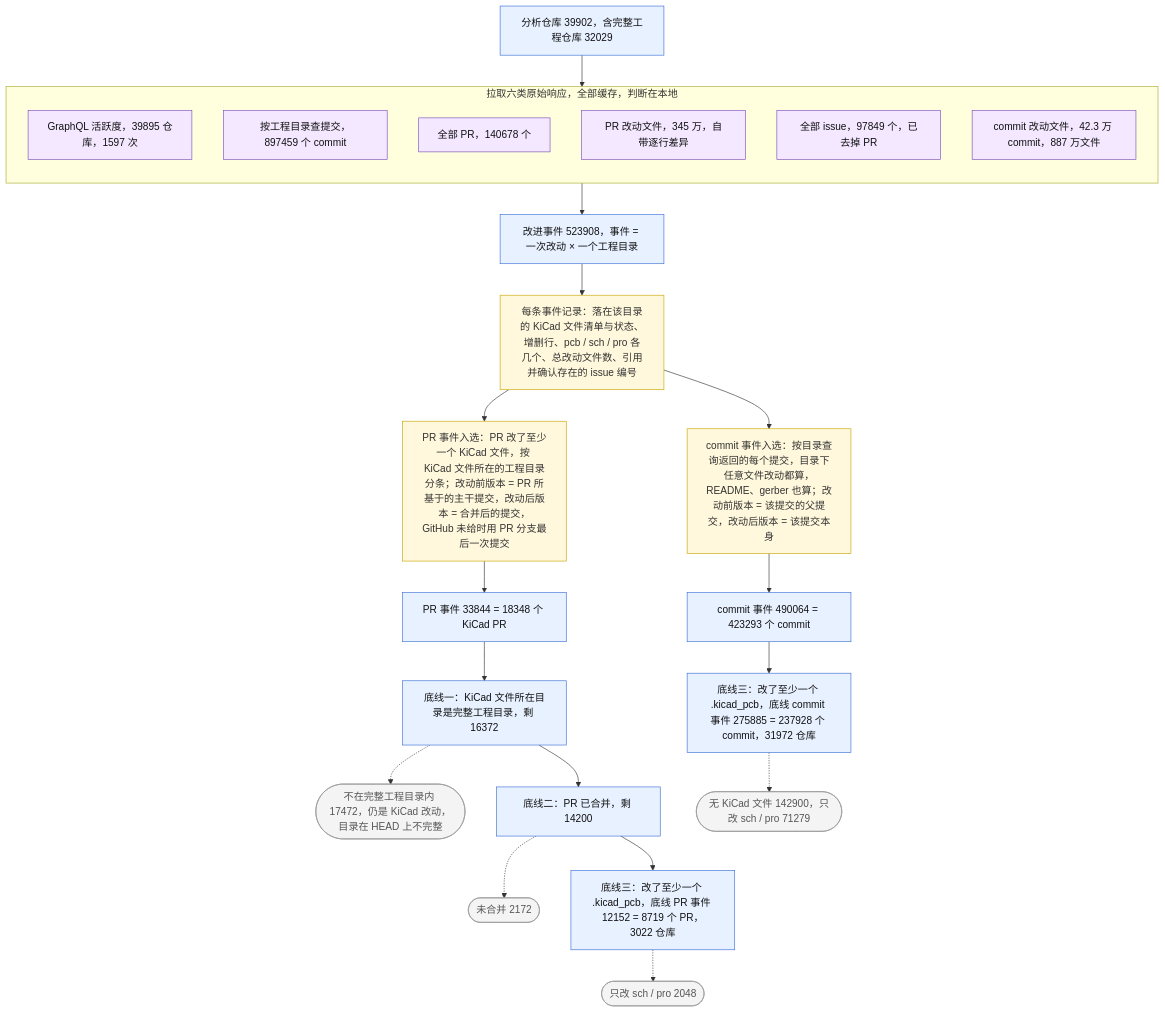
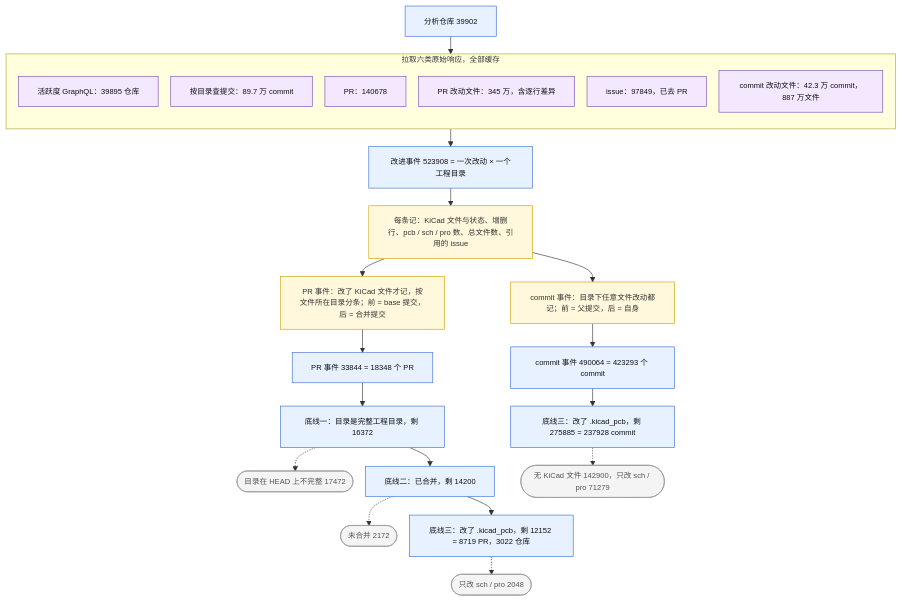
Before and after one commit to Xiafyjck/github_kicad_project_scout: the third of 5 diagrams in reports/progress_report.md, drawn with Mermaid. The commit also changed other lines of this file, not shown here.

Commit message:
reports: shorter labels and 12px font in all figures

````diff
--- a/reports/progress_report.md
+++ b/reports/progress_report.md
@@ -170,35 +173,36 @@
 ```mermaid
+%%{init: {'themeVariables': {'fontSize': '12px'}, 'flowchart': {'nodeSpacing': 20, 'rankSpacing': 28}}}%%
 flowchart TB
     classDef exit fill:#f4f4f4,stroke:#999,color:#555
     classDef keep fill:#e8f1ff,stroke:#3b6fd6,color:#111
     classDef src fill:#f3e8ff,stroke:#7c4dbd,color:#111
     classDef rule fill:#fff8dc,stroke:#c9a400,color:#333
+    classDef final fill:#e6f7e6,stroke:#2e8b57,color:#111
 
-    Q[分析仓库 39902，含完整工程仓库 32029]:::keep
-    subgraph H[拉取六类原始响应，全部缓存，判断在本地]
+    Q[分析仓库 39902]:::keep
+    subgraph H[拉取六类原始响应，全部缓存]
         direction TB
-        H0[GraphQL 活跃度，39895 仓库，1597 次]:::src
-        H1[按工程目录查提交，897459 个 commit]:::src
-        H2[全部 PR，140678 个]:::src
-        H3[PR 改动文件，345 万，自带逐行差异]:::src
-        H4[全部 issue，97849 个，已去掉 PR]:::src
-        H5[commit 改动文件，42.3 万 commit，887 万文件]:::src
+        H0[活跃度 GraphQL：39895 仓库]:::src
+        H1[按目录查提交：89.7 万 commit]:::src
+        H2[PR：140678]:::src
+        H3[PR 改动文件：345 万，含逐行差异]:::src
+        H4[issue：97849，已去 PR]:::src
+        H5[commit 改动文件：42.3 万 commit，887 万文件]:::src
     end
     Q --> H
-    H --> E[改进事件 523908，事件 = 一次改动 × 一个工程目录]:::keep
-    E --> D[每条事件记录：落在该目录的 KiCad 文件清单与状态、增删行、pcb / sch / pro 各几个、总改动文件数、引用并确认存在的 issue 编号]:::rule
-    D --> PR[PR 事件入选：PR 改了至少一个 KiCad 文件，按 KiCad 文件所在的工程目录分条；改动前版本 = PR 所基于的主干提交，改动后版本 = 合并后的提交，GitHub 未给时用 PR 分支最后一次提交]:::rule
-    D --> CM[commit 事件入选：按目录查询返回的每个提交，目录下任意文件改动都算，README、gerber 也算；改动前版本 = 该提交的父提交，改动后版本 = 该提交本身]:::rule
-    PR --> P[PR 事件 33844 = 18348 个 KiCad PR]:::keep
+    H --> E[改进事件 523908 = 一次改动 × 一个工程目录]:::keep
+    E --> D[每条记：KiCad 文件与状态、增删行、pcb / sch / pro 数、总文件数、引用的 issue]:::rule
+    D --> PR[PR 事件：改了 KiCad 文件才记，按文件所在目录分条；前 = base 提交，后 = 合并提交]:::rule
+    D --> CM[commit 事件：目录下任意文件改动都记；前 = 父提交，后 = 自身]:::rule
+    PR --> P[PR 事件 33844 = 18348 个 PR]:::keep
     CM --> M[commit 事件 490064 = 423293 个 commit]:::keep
 
-    P --> P1[底线一：KiCad 文件所在目录是完整工程目录，剩 16372]:::keep
-    P1 -.-> PX1([不在完整工程目录内 17472，仍是 KiCad 改动，目录在 HEAD 上不完整]):::exit
-    P1 --> P2[底线二：PR 已合并，剩 14200]:::keep
+    P --> P1[底线一：目录是完整工程目录，剩 16372]:::keep
+    P1 -.-> PX1([目录在 HEAD 上不完整 17472]):::exit
+    P1 --> P2[底线二：已合并，剩 14200]:::keep
     P2 -.-> PX2([未合并 2172]):::exit
-    P2 --> P3[底线三：改了至少一个 .kicad_pcb，底线 PR 事件 12152 = 8719 个 PR，3022 仓库]:::keep
+    P2 --> P3[底线三：改了 .kicad_pcb，剩 12152 = 8719 PR，3022 仓库]:::keep
     P3 -.-> PX3([只改 sch / pro 2048]):::exit
-
-    M --> M3[底线三：改了至少一个 .kicad_pcb，底线 commit 事件 275885 = 237928 个 commit，31972 仓库]:::keep
+    M --> M3[底线三：改了 .kicad_pcb，剩 275885 = 237928 commit]:::keep
     M3 -.-> MX3([无 KiCad 文件 142900，只改 sch / pro 71279]):::exit
 ```
````
